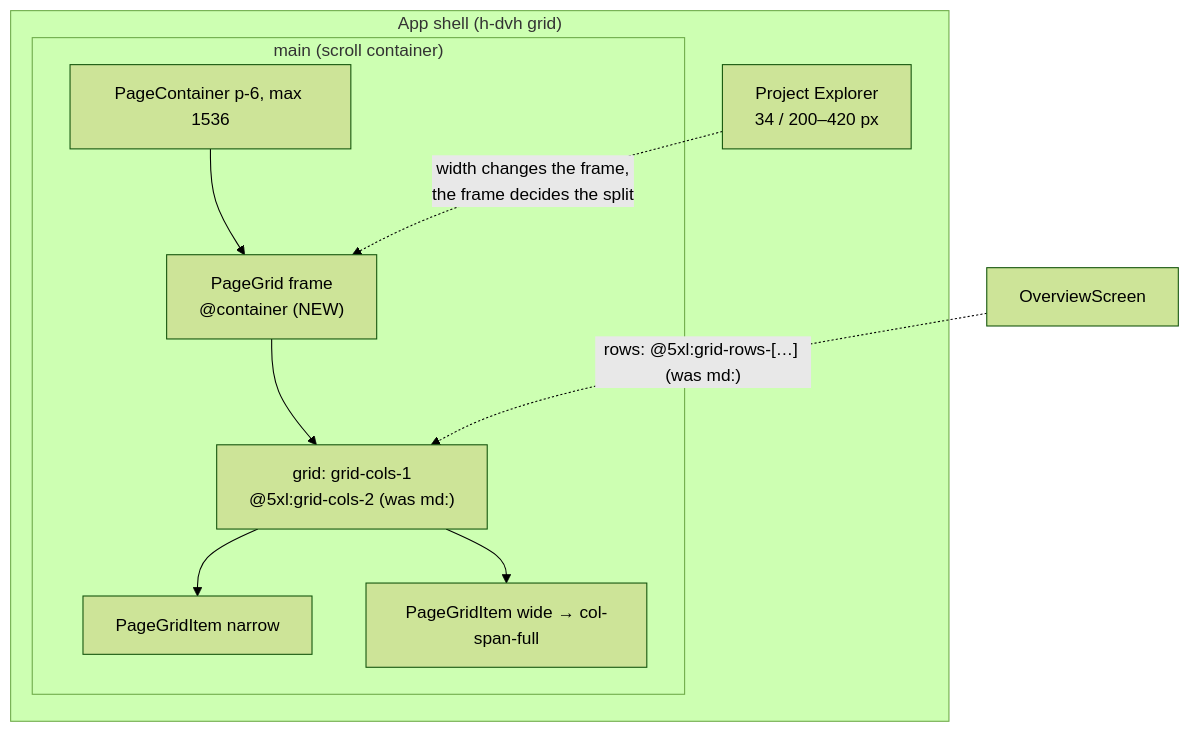
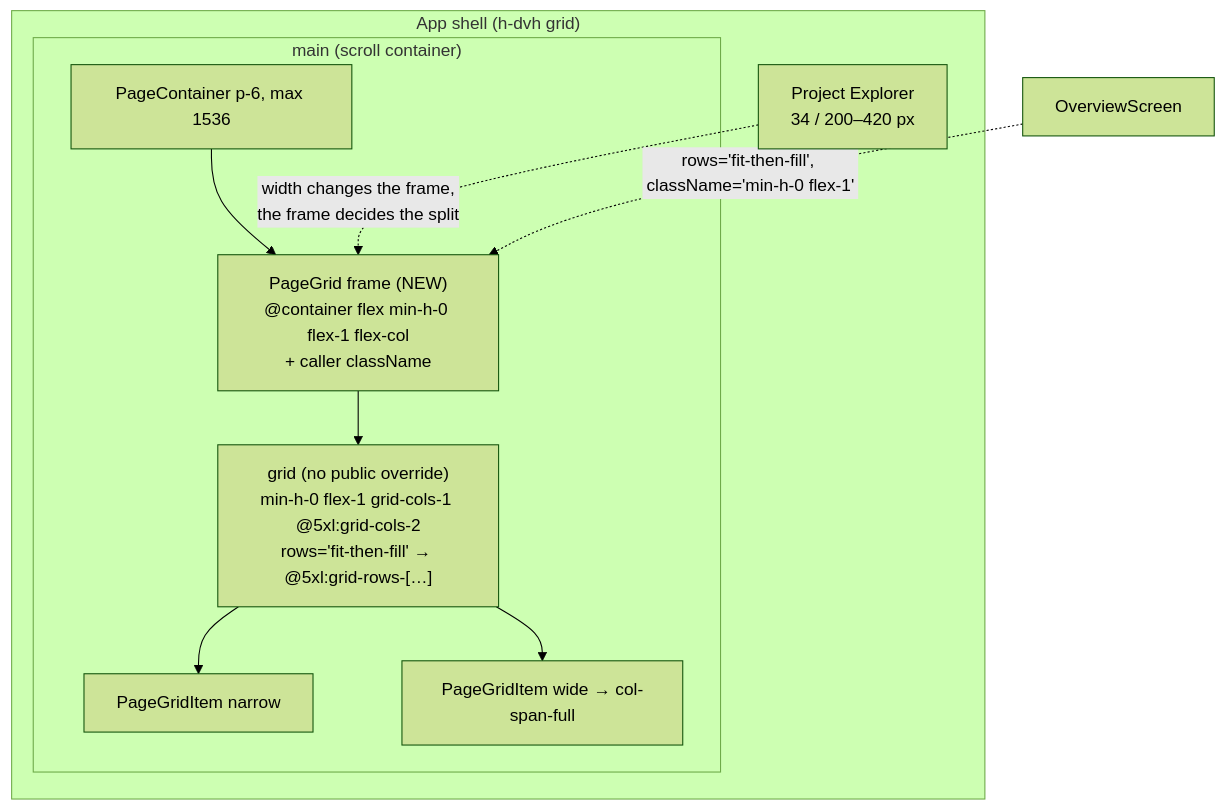
Before and after one commit to HuttonHomeHub/SchedulePoint_1: the first of 2 diagrams in docs/specs/landing-two-columns/feature-spec.md, drawn with Mermaid (forest theme). The commit also changed other lines of this file and 1 other file, not shown here.

````diff
--- a/docs/specs/landing-two-columns/feature-spec.md
+++ b/docs/specs/landing-two-columns/feature-spec.md
@@ -205,15 +244,15 @@
 ```mermaid
 flowchart TB
   subgraph Shell["App shell (h-dvh grid)"]
     EX["Project Explorer<br/>34 / 200–420 px"]
     subgraph MAIN["main (scroll container)"]
       PC["PageContainer p-6, max 1536"]
-      PC --> FR["PageGrid frame<br/>@container (NEW)"]
-      FR --> GR["grid: grid-cols-1<br/>@5xl:grid-cols-2 (was md:)"]
+      PC --> FR["PageGrid frame (NEW)<br/>@container flex min-h-0 flex-1 flex-col<br/>+ caller className"]
+      FR --> GR["grid (no public override)<br/>min-h-0 flex-1 grid-cols-1 @5xl:grid-cols-2<br/>rows='fit-then-fill' → @5xl:grid-rows-[…]"]
       GR --> I1["PageGridItem narrow"]
       GR --> I2["PageGridItem wide → col-span-full"]
     end
   end
-  OV["OverviewScreen"] -. "rows: @5xl:grid-rows-[…] (was md:)" .-> GR
+  OV["OverviewScreen"] -. "rows='fit-then-fill', className='min-h-0 flex-1'" .-> FR
   EX -. "width changes the frame,<br/>the frame decides the split" .-> FR
 ```
````
